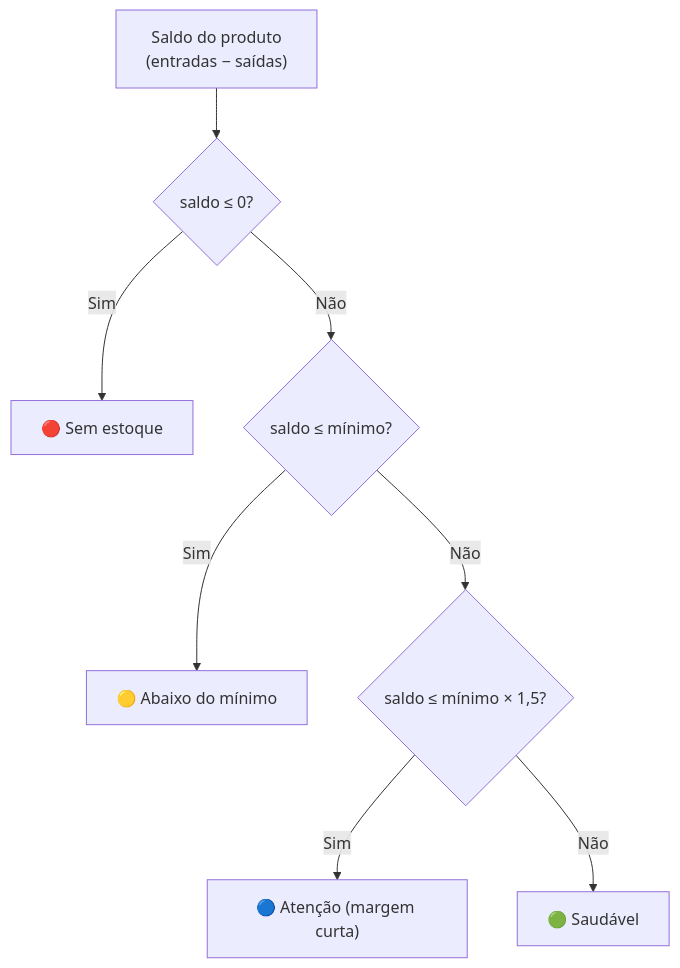
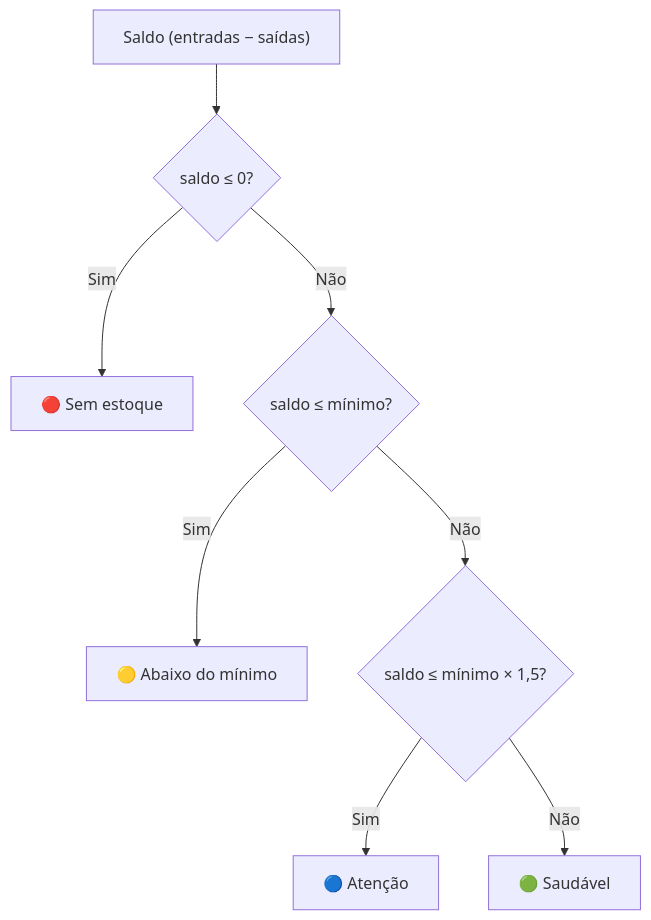
Before and after one commit to nerdGG094/InvenSync: diagram 11 of 22 in docs/DOCUMENTACAO.md, drawn with Mermaid. The commit also changed other lines of this file and 7 other files, not shown here.

````diff
--- a/docs/DOCUMENTACAO.md
+++ b/docs/DOCUMENTACAO.md
@@ -411,10 +705,10 @@
 ```mermaid
 flowchart TD
-    A["Saldo do produto<br/>(entradas − saídas)"] --> B{"saldo ≤ 0?"}
+    A["Saldo (entradas − saídas)"] --> B{"saldo ≤ 0?"}
     B -->|Sim| C["🔴 Sem estoque"]
     B -->|Não| D{"saldo ≤ mínimo?"}
     D -->|Sim| E["🟡 Abaixo do mínimo"]
     D -->|Não| F{"saldo ≤ mínimo × 1,5?"}
-    F -->|Sim| G["🔵 Atenção (margem curta)"]
+    F -->|Sim| G["🔵 Atenção"]
     F -->|Não| H["🟢 Saudável"]
 ```
````
